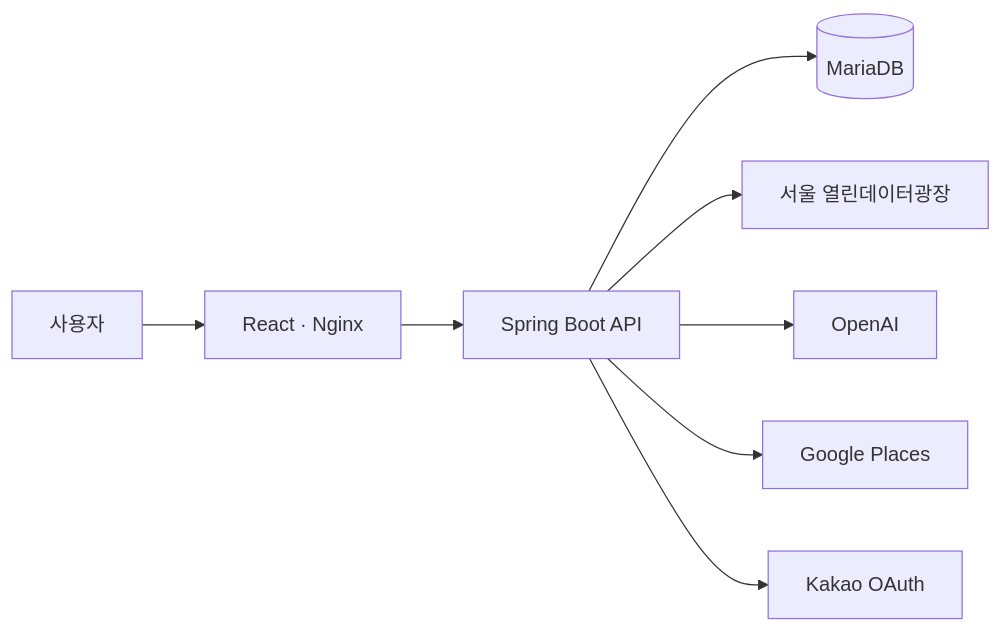
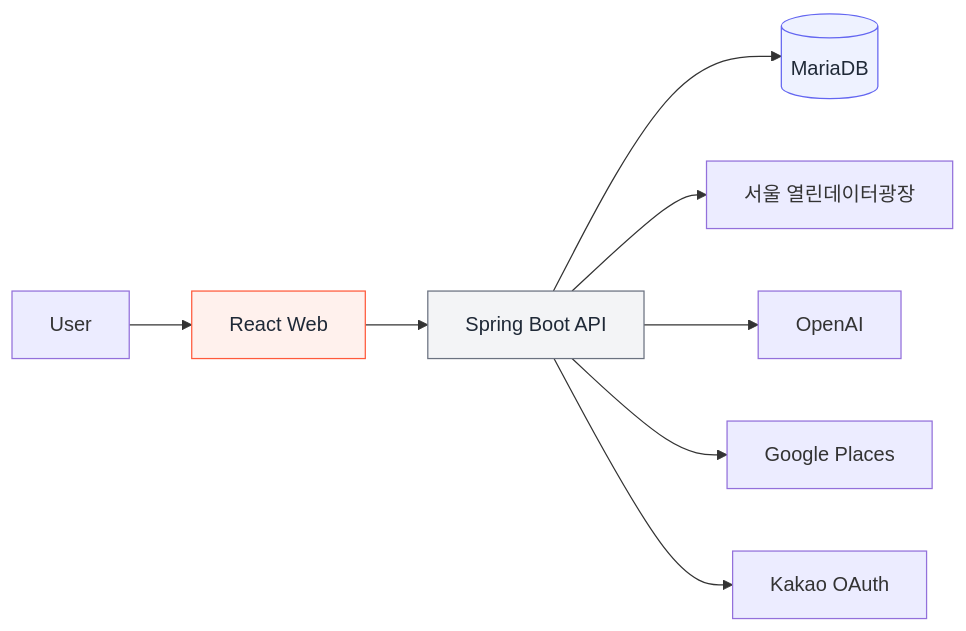
One commit to CultureMate/.github changed the diagram in profile/README.md. Above: the diagram before and after it, drawn with Mermaid. The commit also changed other lines of this file and 3 other files, not shown here.

````diff
--- a/profile/README.md
+++ b/profile/README.md
@@ -59,10 +62,14 @@
 ```mermaid
 flowchart LR
-    USER[사용자] --> WEB[React · Nginx]
-    WEB --> API[Spring Boot API]
-    API --> DB[(MariaDB)]
-    API --> SEOUL[서울 열린데이터광장]
-    API --> AI[OpenAI]
-    API --> PLACE[Google Places]
-    API --> KAKAO[Kakao OAuth]
+    U[User] --> F[React Web]
+    F --> B[Spring Boot API]
+    B --> D[(MariaDB)]
+    B --> S[서울 열린데이터광장]
+    B --> O[OpenAI]
+    B --> G[Google Places]
+    B --> K[Kakao OAuth]
+
+    style F fill:#fff1ed,stroke:#ff5a3c,color:#1f2937
+    style B fill:#f3f4f6,stroke:#6b7280,color:#1f2937
+    style D fill:#eef2ff,stroke:#6366f1,color:#1f2937
 ```
````
